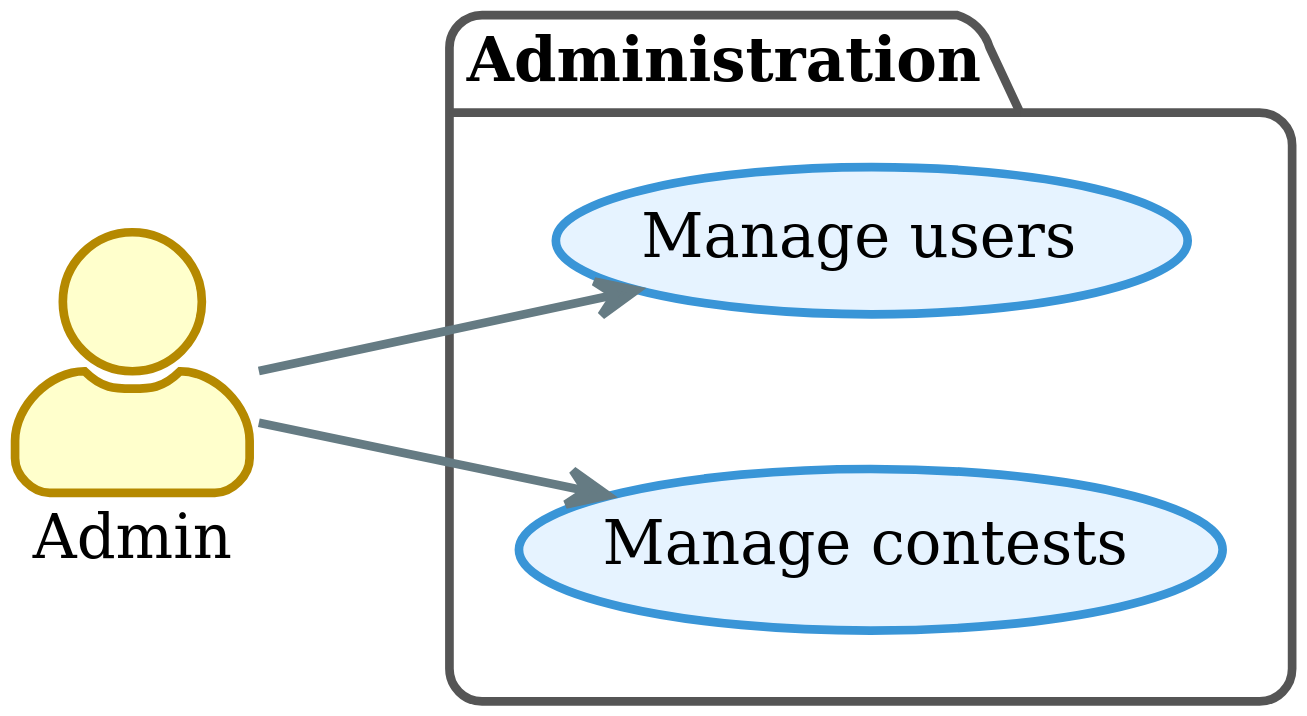
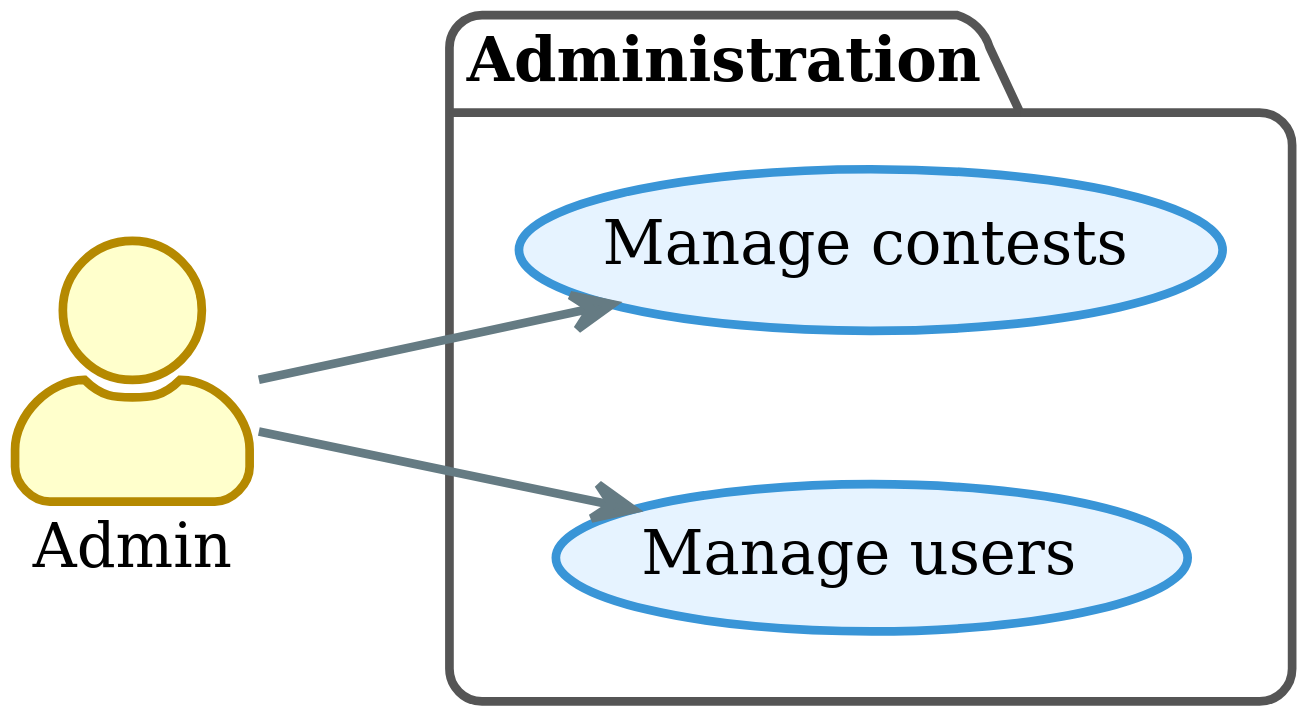
Before and after one commit to TMoretta/Swift-Contest: the diagram in thesis/diagrams/src/use-case-diagram-4.puml, drawn with PlantUML. The commit also changed other lines of this file and 31 other files, not shown here.

Commit message:
Updated diagrams

```diff
--- a/thesis/diagrams/src/use-case-diagram-4.puml
+++ b/thesis/diagrams/src/use-case-diagram-4.puml
@@ -1,40 +1,40 @@
 @startuml
 
 !theme sunlust
 left to right direction
 skinparam dpi 300
 skinparam backgroundColor transparent
 skinparam actorStyle awesome
 skinparam shadowing false
 
 skinparam package {
     backgroundColor #FFFFFF
     borderColor #555555
 }
 skinparam usecase {
   backgroundColor #E6F3FF
   borderColor #3995D7
 }
 
 ' =======================================
 ' Attori
 ' =======================================
 actor Admin
 
 ' =======================================
 ' Packages e Casi d'Uso
 ' =======================================
 
 package "Administration" {
+  usecase "Manage contests" as UC_AdminManageContests
   usecase "Manage users" as UC_AdminManageUsers
-  usecase "Manage contests" as UC_AdminManageContests
 }
 
 ' =======================================
 ' Connessioni
 ' =======================================
 
 Admin --> UC_AdminManageUsers
 Admin --> UC_AdminManageContests
 
 @enduml
```
